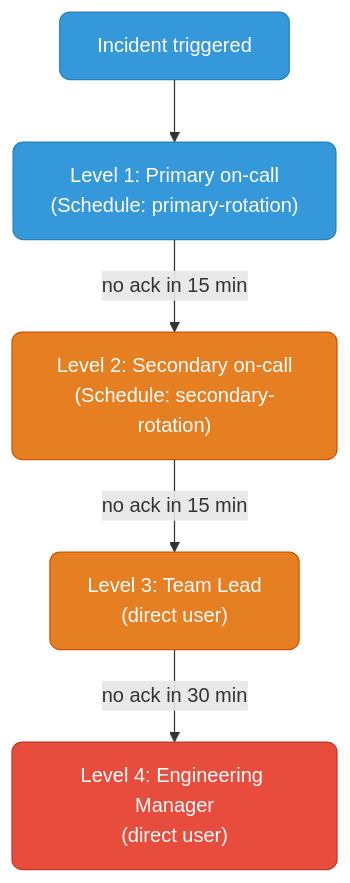
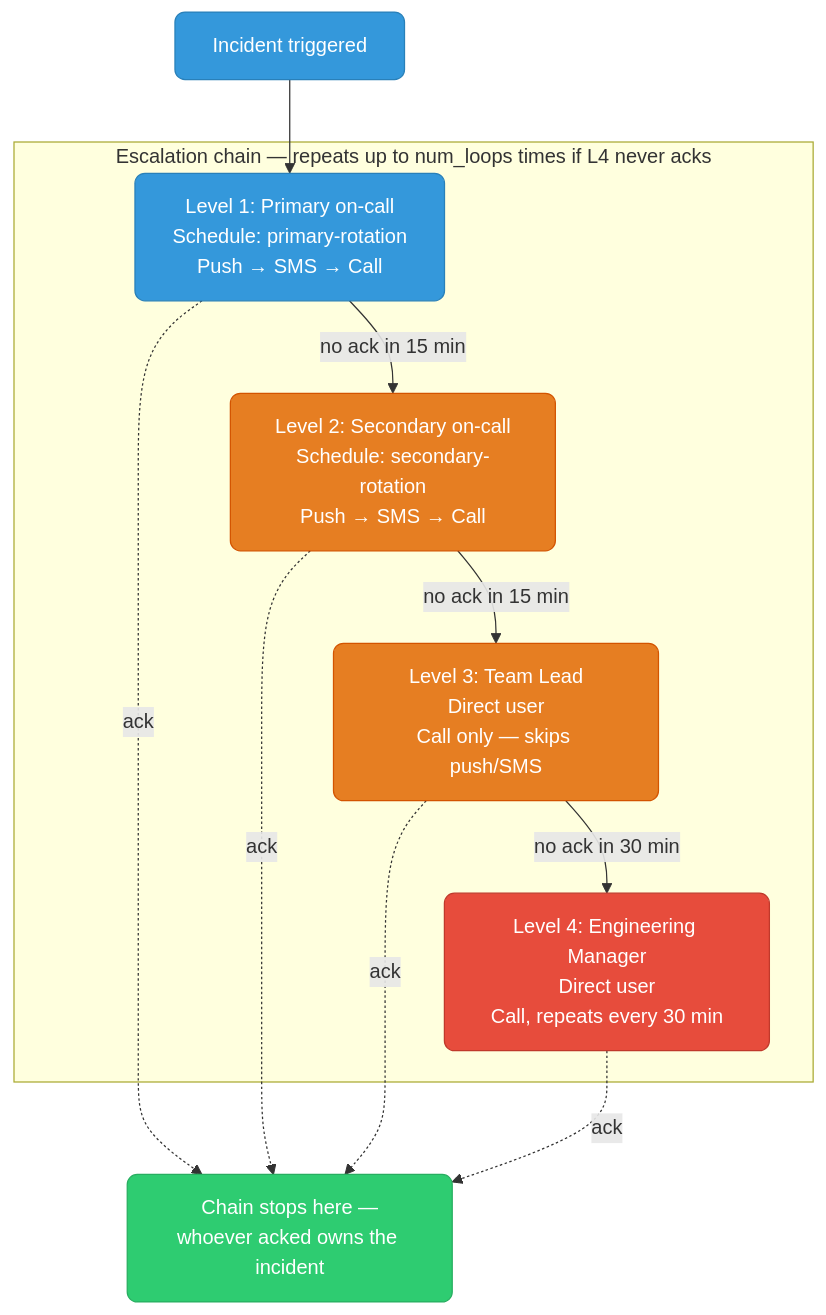
Before and after one commit to deepanshu-rawat6/DevOpsIndex: the second of 7 diagrams in sre/oncall-tooling.md, drawn with Mermaid. The commit also changed other lines of this file and 7 other files, not shown here.

````diff
--- a/sre/oncall-tooling.md
+++ b/sre/oncall-tooling.md
@@ -54,11 +54,25 @@
 ```mermaid
 flowchart TD
     classDef blue fill:#3498db,stroke:#2980b9,color:#fff,rx:8
     classDef orange fill:#e67e22,stroke:#d35400,color:#fff,rx:8
     classDef red fill:#e74c3c,stroke:#c0392b,color:#fff,rx:8
+    classDef green fill:#2ecc71,stroke:#27ae60,color:#fff,rx:8
 
-    T0["Incident triggered"]:::blue --> L1["Level 1: Primary on-call<br>(Schedule: primary-rotation)"]:::blue
-    L1 -->|"no ack in 15 min"| L2["Level 2: Secondary on-call<br>(Schedule: secondary-rotation)"]:::orange
-    L2 -->|"no ack in 15 min"| L3["Level 3: Team Lead<br>(direct user)"]:::orange
-    L3 -->|"no ack in 30 min"| L4["Level 4: Engineering Manager<br>(direct user)"]:::red
+    T0["Incident triggered"]:::blue --> L1
+
+    subgraph CHAIN["Escalation chain — repeats up to num_loops times if L4 never acks"]
+        L1["Level 1: Primary on-call<br>Schedule: primary-rotation<br>Push → SMS → Call"]:::blue
+        L2["Level 2: Secondary on-call<br>Schedule: secondary-rotation<br>Push → SMS → Call"]:::orange
+        L3["Level 3: Team Lead<br>Direct user<br>Call only — skips push/SMS"]:::orange
+        L4["Level 4: Engineering Manager<br>Direct user<br>Call, repeats every 30 min"]:::red
+    end
+
+    L1 -->|"no ack in 15 min"| L2
+    L2 -->|"no ack in 15 min"| L3
+    L3 -->|"no ack in 30 min"| L4
+
+    L1 -.->|"ack"| DONE["Chain stops here —<br>whoever acked owns the incident"]:::green
+    L2 -.->|"ack"| DONE
+    L3 -.->|"ack"| DONE
+    L4 -.->|"ack"| DONE
 ```
````
